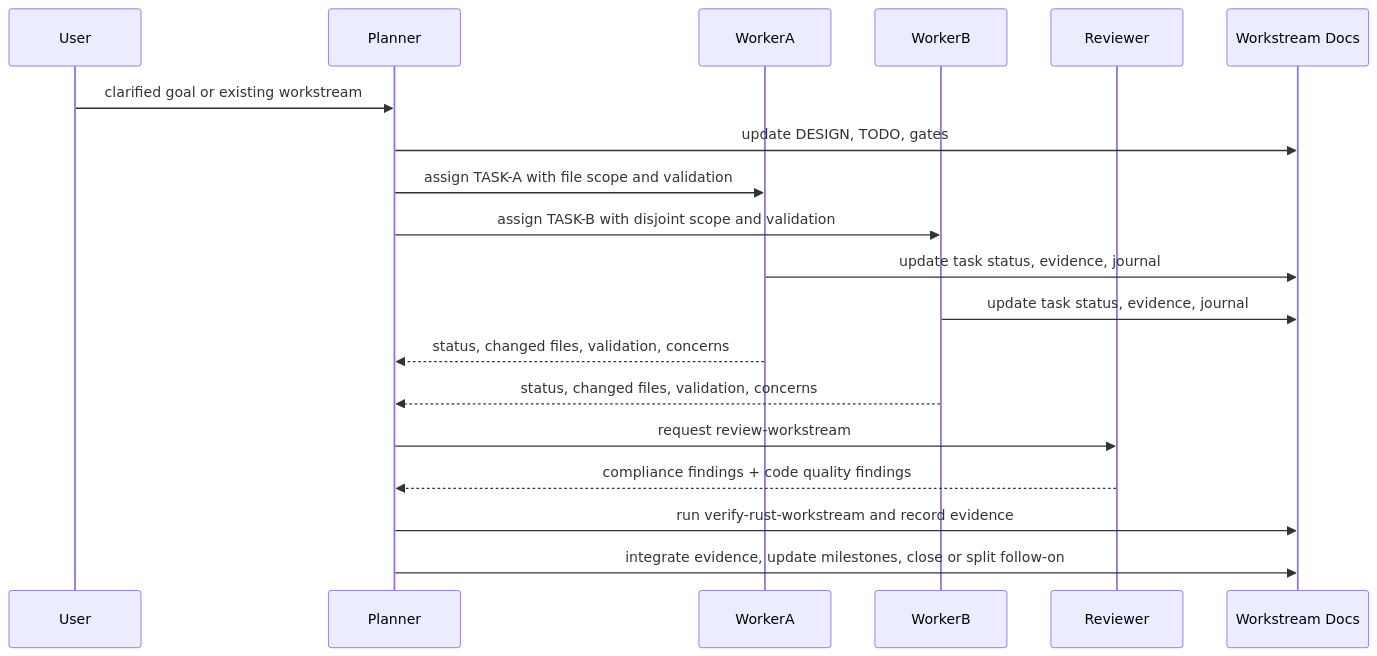
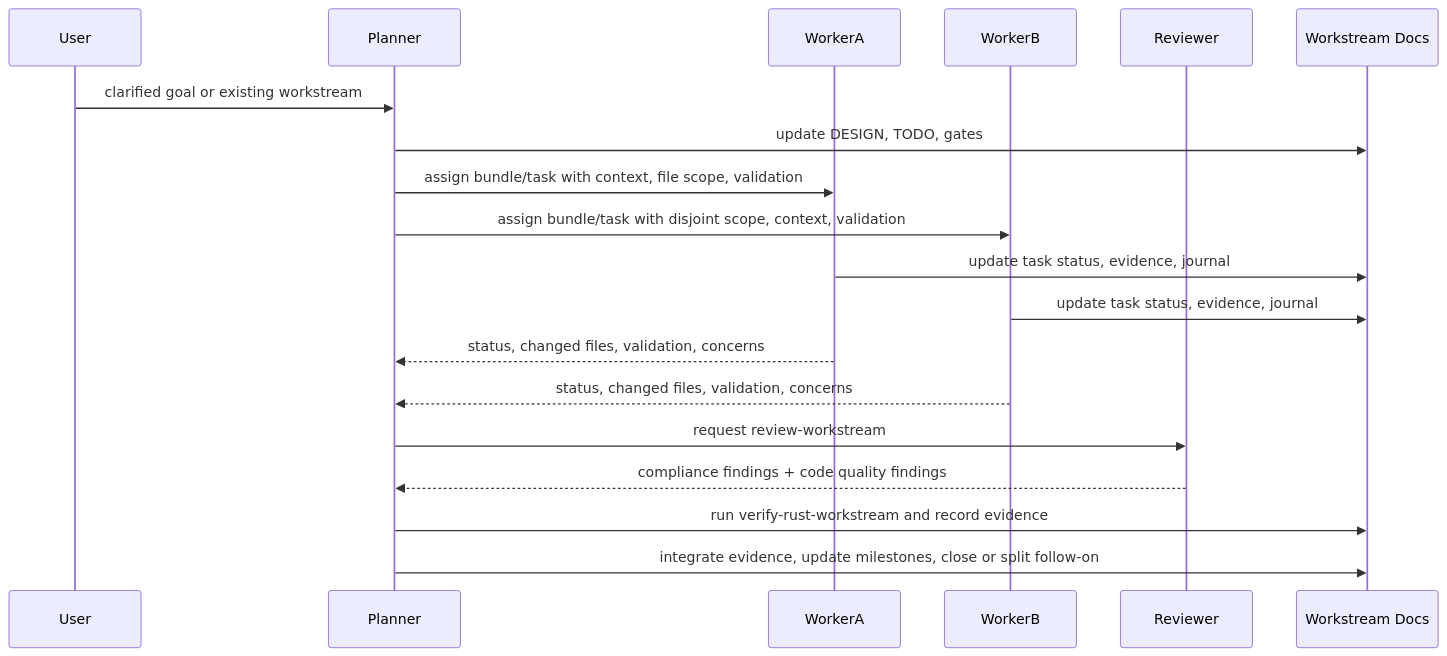
Before and after one commit to Latias94/dev-skills: the third of 3 diagrams in docs/workflow.md, drawn with Mermaid. The commit also changed other lines of this file and 29 other files, not shown here.

````diff
--- a/docs/workflow.md
+++ b/docs/workflow.md
@@ -106,22 +117,22 @@
 ```mermaid
 sequenceDiagram
   participant User
   participant Planner
   participant WorkerA
   participant WorkerB
   participant Reviewer
   participant Docs as Workstream Docs
 
   User->>Planner: clarified goal or existing workstream
   Planner->>Docs: update DESIGN, TODO, gates
-  Planner->>WorkerA: assign TASK-A with file scope and validation
-  Planner->>WorkerB: assign TASK-B with disjoint scope and validation
+  Planner->>WorkerA: assign bundle/task with context, file scope, validation
+  Planner->>WorkerB: assign bundle/task with disjoint scope, context, validation
   WorkerA->>Docs: update task status, evidence, journal
   WorkerB->>Docs: update task status, evidence, journal
   WorkerA-->>Planner: status, changed files, validation, concerns
   WorkerB-->>Planner: status, changed files, validation, concerns
   Planner->>Reviewer: request review-workstream
   Reviewer-->>Planner: compliance findings + code quality findings
   Planner->>Docs: run verify-rust-workstream and record evidence
   Planner->>Docs: integrate evidence, update milestones, close or split follow-on
 ```
````
